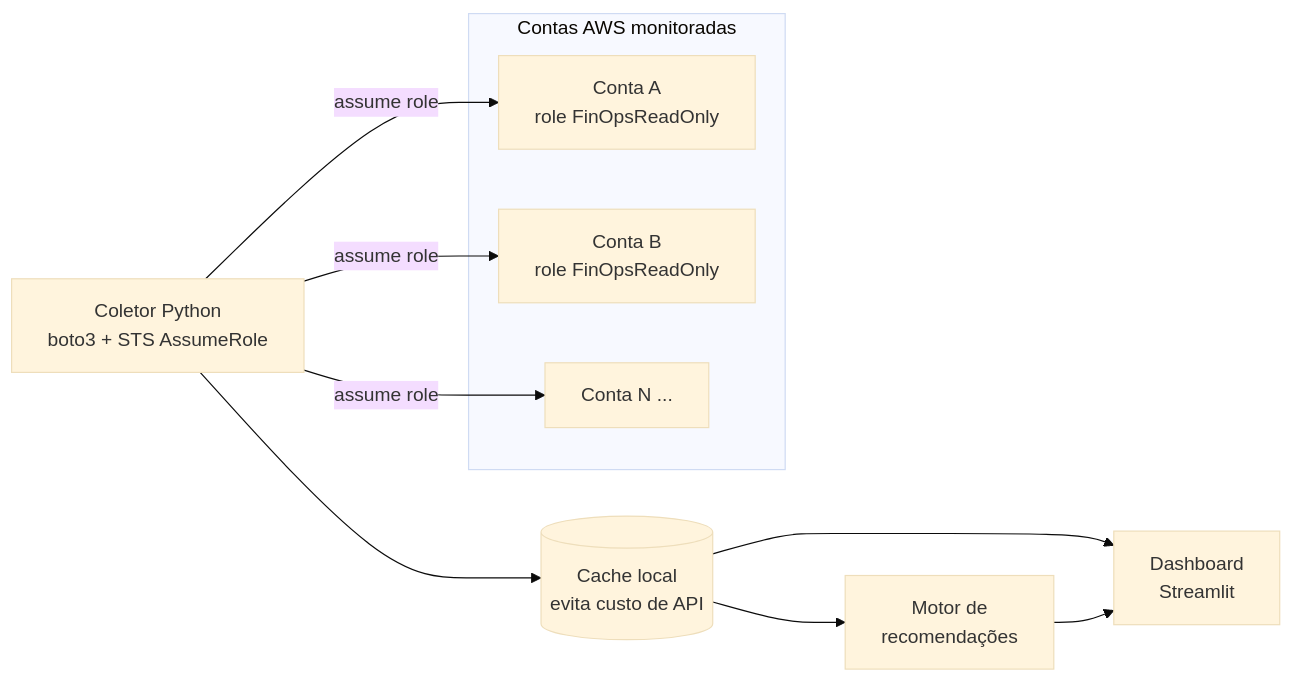
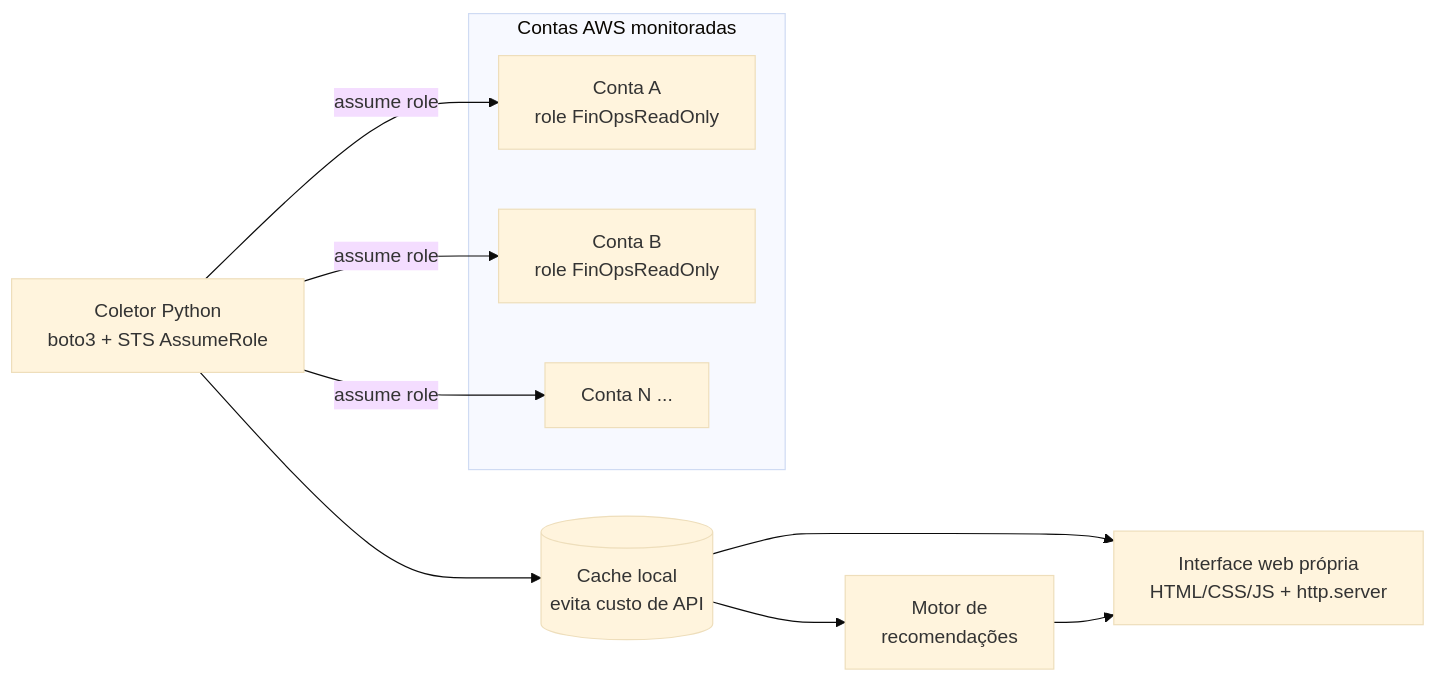
One commit to pabloaugustoti/finops-aws changed the diagram in README.md. Above: the diagram before and after it, drawn with Mermaid (base theme). The commit also changed other lines of this file and 10 other files, not shown here.

First line of the commit message:
refactor: remove o dashboard Streamlit (substituido pela interface web propria)

````diff
--- a/README.md
+++ b/README.md
@@ -15,15 +15,15 @@
 ```mermaid
 flowchart LR
     subgraph Contas AWS monitoradas
         A1[Conta A<br/>role FinOpsReadOnly]
         A2[Conta B<br/>role FinOpsReadOnly]
         A3[Conta N ...]
     end
     C[Coletor Python<br/>boto3 + STS AssumeRole] -->|assume role| A1
     C -->|assume role| A2
     C -->|assume role| A3
     C --> K[(Cache local<br/>evita custo de API)]
     K --> R[Motor de<br/>recomendações]
-    K --> D[Dashboard<br/>Streamlit]
+    K --> D[Interface web própria<br/>HTML/CSS/JS + http.server]
     R --> D
 ```
````
